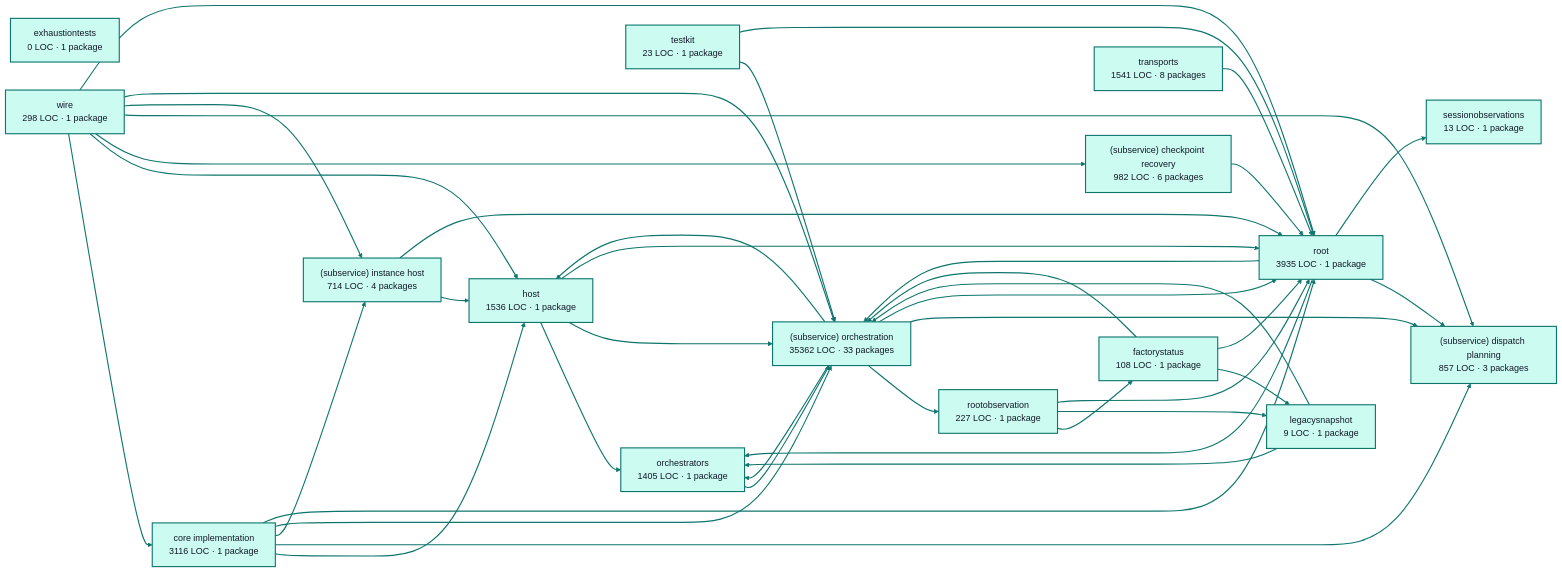
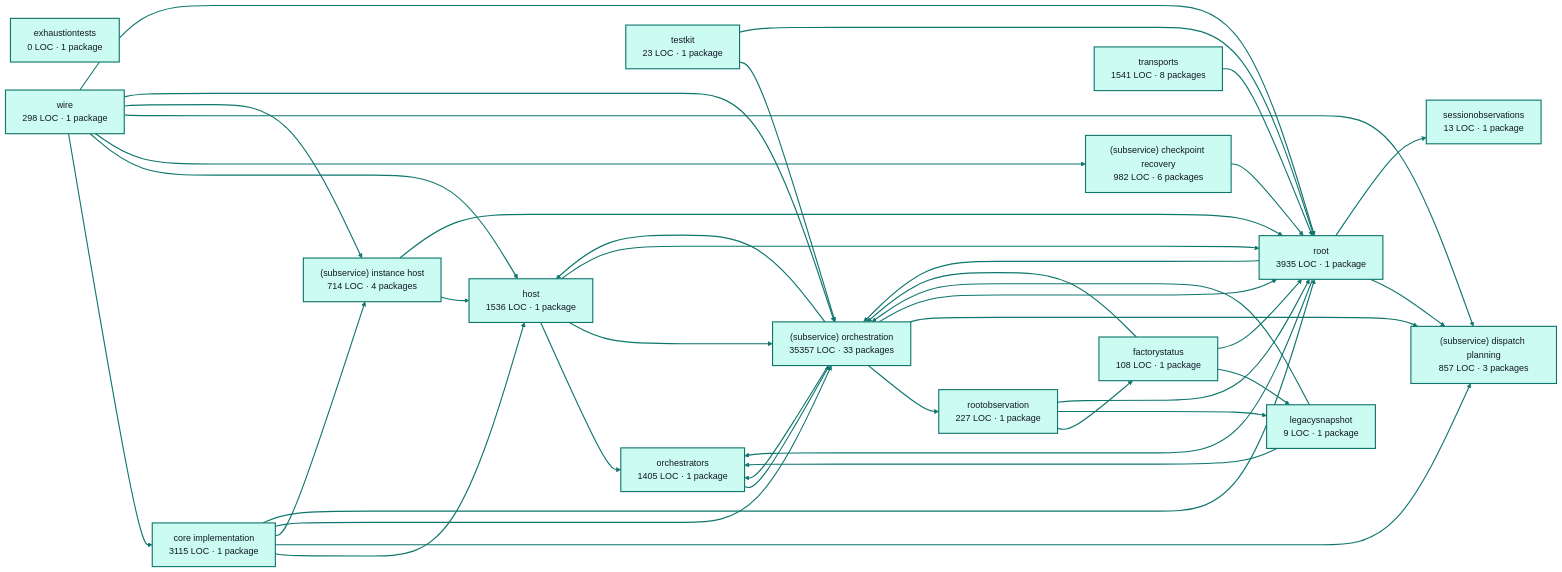
Before and after one commit to portpowered/you-agent-factory: the diagram in docs/architecture/visualizations/services/factory_runtime.md, drawn with Mermaid. The commit also changed other lines of this file and 21 other files, not shown here.

Commit message:
docs: refresh backend architecture visualizations

````diff
--- a/docs/architecture/visualizations/services/factory_runtime.md
+++ b/docs/architecture/visualizations/services/factory_runtime.md
@@ -11,75 +11,75 @@
 ```mermaid
 flowchart LR
-  p0["core implementation<br/>3116 LOC · 1 package"]
+  p0["core implementation<br/>3115 LOC · 1 package"]
   p1["exhaustiontests<br/>0 LOC · 1 package"]
   p2["factorystatus<br/>108 LOC · 1 package"]
   p3["host<br/>1536 LOC · 1 package"]
   p4["legacysnapshot<br/>9 LOC · 1 package"]
   p5["orchestrators<br/>1405 LOC · 1 package"]
   p6["rootobservation<br/>227 LOC · 1 package"]
   p7["(subservice) checkpoint recovery<br/>982 LOC · 6 packages"]
   p8["(subservice) dispatch planning<br/>857 LOC · 3 packages"]
   p9["(subservice) instance host<br/>714 LOC · 4 packages"]
-  p10["(subservice) orchestration<br/>35362 LOC · 33 packages"]
+  p10["(subservice) orchestration<br/>35357 LOC · 33 packages"]
   p11["sessionobservations<br/>13 LOC · 1 package"]
   p12["testkit<br/>23 LOC · 1 package"]
   p13["root<br/>3935 LOC · 1 package"]
   p14["transports<br/>1541 LOC · 8 packages"]
   p15["wire<br/>298 LOC · 1 package"]
   p0 --> p3
   p0 --> p8
   p0 --> p9
   p0 --> p10
   p0 --> p13
   p2 --> p4
   p2 --> p10
   p2 --> p13
   p3 --> p5
   p3 --> p10
   p3 --> p13
   p4 --> p5
   p4 --> p10
   p5 --> p10
   p6 --> p2
   p6 --> p4
   p6 --> p13
   p7 --> p13
   p9 --> p3
   p9 --> p13
   p10 --> p3
   p10 --> p5
   p10 --> p6
   p10 --> p8
   p10 --> p13
   p12 --> p10
   p12 --> p13
   p13 --> p5
   p13 --> p8
   p13 --> p10
   p13 --> p11
   p14 --> p13
   p15 --> p0
   p15 --> p3
   p15 --> p7
   p15 --> p8
   p15 --> p9
   p15 --> p10
   p15 --> p13
   style p0 fill:#ccfbf1,stroke:#0f766e,stroke-width:2px,color:#111827
   style p1 fill:#ccfbf1,stroke:#0f766e,stroke-width:2px,color:#111827
   style p2 fill:#ccfbf1,stroke:#0f766e,stroke-width:2px,color:#111827
   style p3 fill:#ccfbf1,stroke:#0f766e,stroke-width:2px,color:#111827
   style p4 fill:#ccfbf1,stroke:#0f766e,stroke-width:2px,color:#111827
   style p5 fill:#ccfbf1,stroke:#0f766e,stroke-width:2px,color:#111827
   style p6 fill:#ccfbf1,stroke:#0f766e,stroke-width:2px,color:#111827
   style p7 fill:#ccfbf1,stroke:#0f766e,stroke-width:2px,color:#111827
   style p8 fill:#ccfbf1,stroke:#0f766e,stroke-width:2px,color:#111827
   style p9 fill:#ccfbf1,stroke:#0f766e,stroke-width:2px,color:#111827
   style p10 fill:#ccfbf1,stroke:#0f766e,stroke-width:2px,color:#111827
   style p11 fill:#ccfbf1,stroke:#0f766e,stroke-width:2px,color:#111827
   style p12 fill:#ccfbf1,stroke:#0f766e,stroke-width:2px,color:#111827
   style p13 fill:#ccfbf1,stroke:#0f766e,stroke-width:2px,color:#111827
   style p14 fill:#ccfbf1,stroke:#0f766e,stroke-width:2px,color:#111827
   style p15 fill:#ccfbf1,stroke:#0f766e,stroke-width:2px,color:#111827
   linkStyle default stroke:#0f766e,stroke-width:2px
 ```
````
